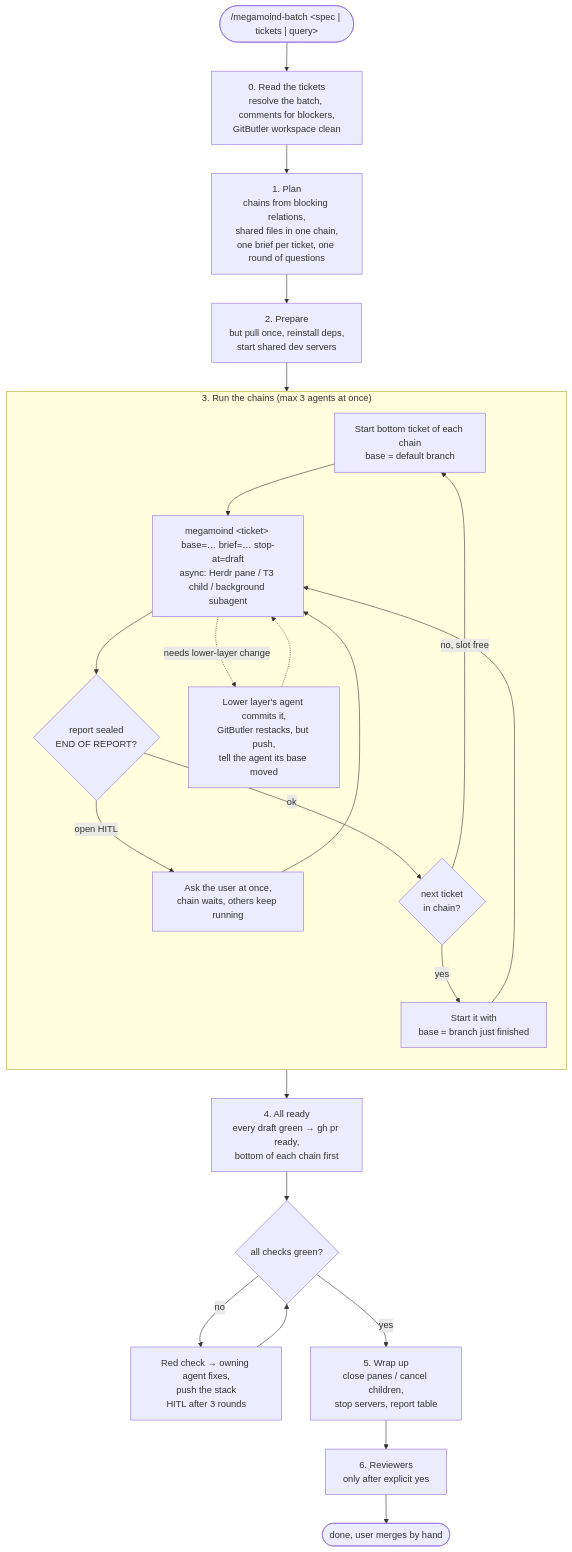
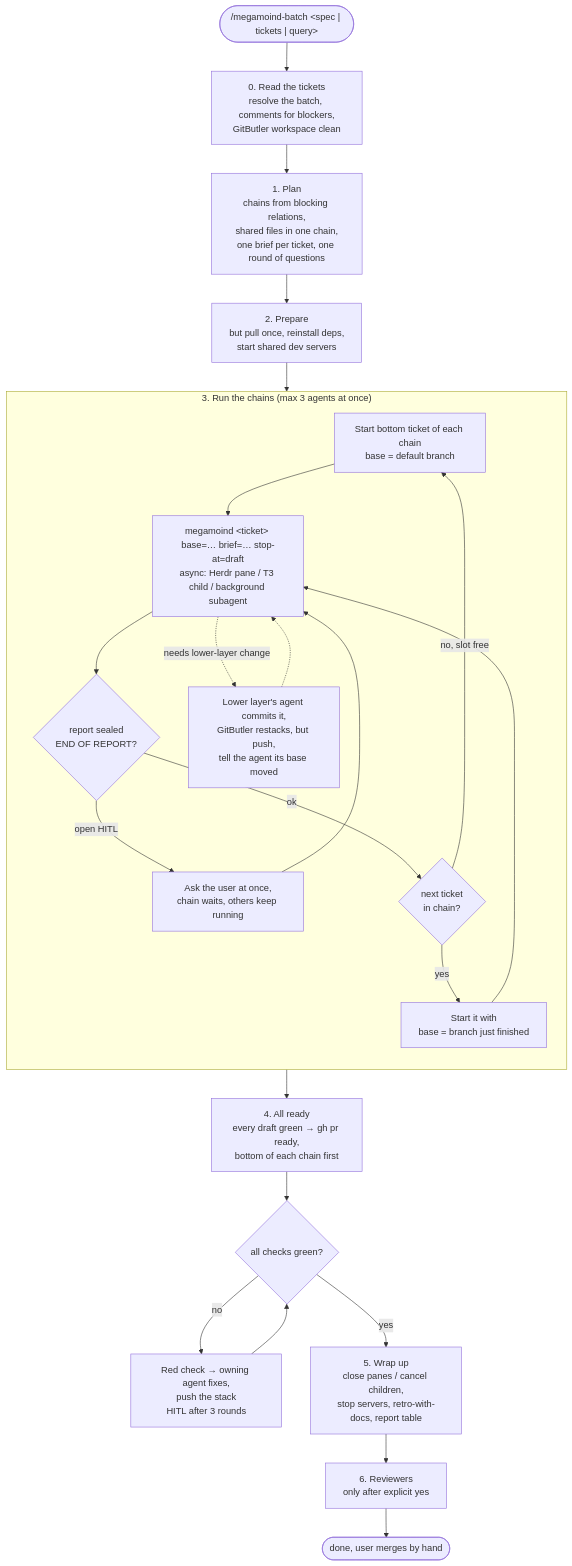
Before and after one commit to moisesrj97/skills: the second of 2 diagrams in docs/megamoind.md, drawn with Mermaid. The commit also changed other lines of this file and 2 other files, not shown here.

Commit message:
feat(megamoind): run retro-with-docs before the final report

````diff
--- a/docs/megamoind.md
+++ b/docs/megamoind.md
@@ -38,29 +38,29 @@
 ```mermaid
 flowchart TD
     start(["/megamoind-batch &lt;spec | tickets | query&gt;"]) --> s0["0. Read the tickets<br/>resolve the batch, comments for blockers,<br/>GitButler workspace clean"]
     s0 --> s1["1. Plan<br/>chains from blocking relations,<br/>shared files in one chain,<br/>one brief per ticket, one round of questions"]
     s1 --> s2["2. Prepare<br/>but pull once, reinstall deps,<br/>start shared dev servers"]
     s2 --> s3
 
     subgraph s3["3. Run the chains (max 3 agents at once)"]
         direction TD
         pick["Start bottom ticket of each chain<br/>base = default branch"] --> agent["megamoind &lt;ticket&gt; base=… brief=… stop-at=draft<br/>async: Herdr pane / T3 child / background subagent"]
         agent --> report{"report sealed<br/>END OF REPORT?"}
         report -- "open HITL" --> ask["Ask the user at once,<br/>chain waits, others keep running"]
         ask --> agent
         report -- ok --> next{"next ticket<br/>in chain?"}
         next -- yes --> stack["Start it with<br/>base = branch just finished"]
         stack --> agent
         next -- "no, slot free" --> pick
         agent -. "needs lower-layer change" .-> lower["Lower layer's agent commits it,<br/>GitButler restacks, but push,<br/>tell the agent its base moved"]
         lower -.-> agent
     end
 
     s3 --> s4["4. All ready<br/>every draft green → gh pr ready,<br/>bottom of each chain first"]
     s4 --> ci{"all checks green?"}
     ci -- no --> fix["Red check → owning agent fixes,<br/>push the stack<br/>HITL after 3 rounds"]
     fix --> ci
-    ci -- yes --> s5["5. Wrap up<br/>close panes / cancel children,<br/>stop servers, report table"]
+    ci -- yes --> s5["5. Wrap up<br/>close panes / cancel children,<br/>stop servers, retro-with-docs, report table"]
     s5 --> s6["6. Reviewers<br/>only after explicit yes"]
     s6 --> done([done, user merges by hand])
 ```
````
